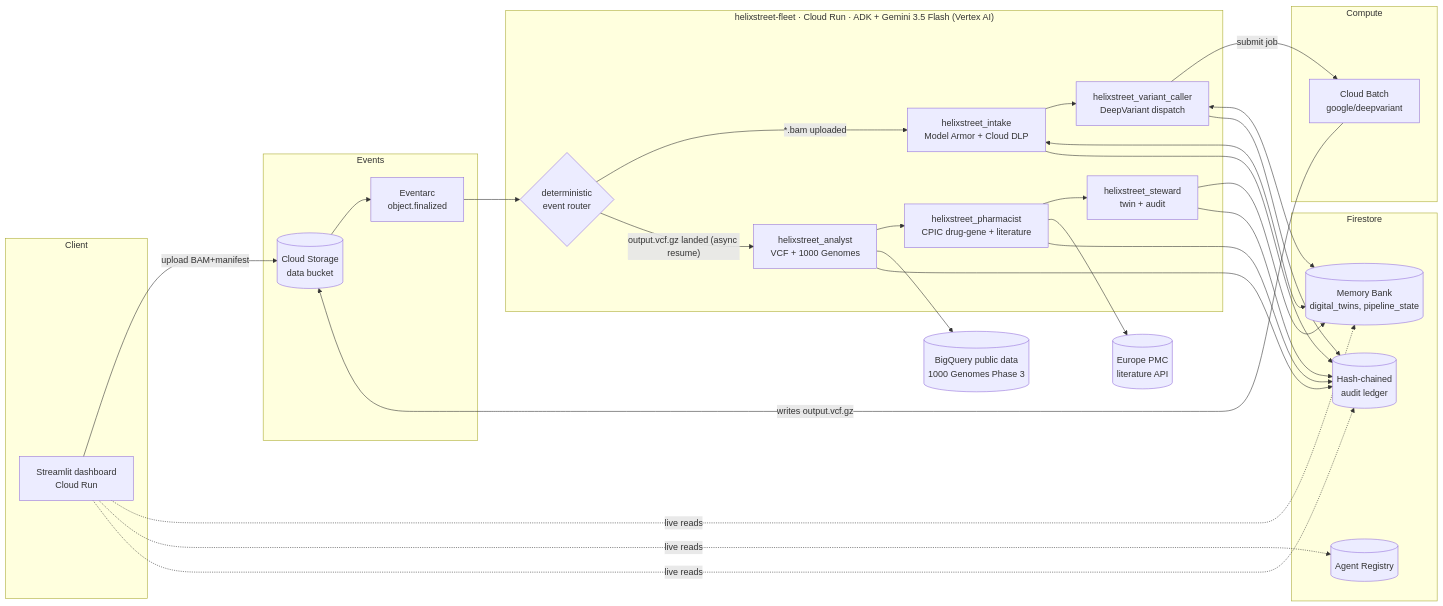
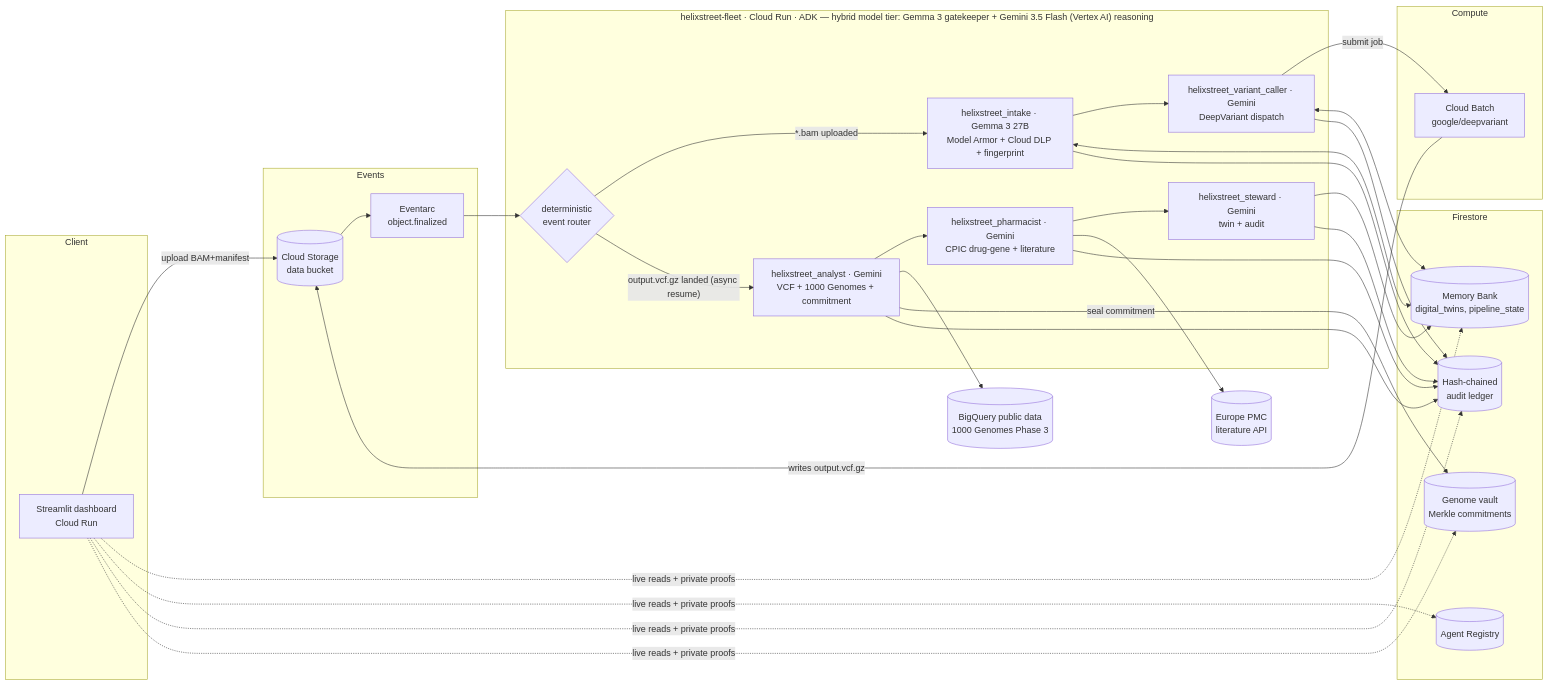
The diagram in README.md (helixstreet/helixstreet-nebius-nvidia), drawn with Mermaid before and after one commit. The commit also changed other lines of this file and 8 other files, not shown here.

First line of the commit message:
Harden Gemma hybrid tier: config-driven with Gemini fallback; docs + diagram

````diff
--- a/README.md
+++ b/README.md
@@ -20,40 +20,42 @@
 ```mermaid
 flowchart LR
     subgraph Client
         UI[Streamlit dashboard\nCloud Run]
     end
     subgraph Events
         GCS[(Cloud Storage\ndata bucket)]
         EA[Eventarc\nobject.finalized]
     end
-    subgraph Fleet["helixstreet-fleet · Cloud Run · ADK + Gemini 3.5 Flash (Vertex AI)"]
+    subgraph Fleet["helixstreet-fleet · Cloud Run · ADK — hybrid model tier: Gemma 3 gatekeeper + Gemini 3.5 Flash (Vertex AI) reasoning"]
         R{deterministic\nevent router}
-        A1[helixstreet_intake\nModel Armor + Cloud DLP]
-        A2[helixstreet_variant_caller\nDeepVariant dispatch]
-        A3[helixstreet_analyst\nVCF + 1000 Genomes]
-        A5[helixstreet_pharmacist\nCPIC drug-gene + literature]
-        A4[helixstreet_steward\ntwin + audit]
+        A1[helixstreet_intake · Gemma 3 27B\nModel Armor + Cloud DLP + fingerprint]
+        A2[helixstreet_variant_caller · Gemini\nDeepVariant dispatch]
+        A3[helixstreet_analyst · Gemini\nVCF + 1000 Genomes + commitment]
+        A5[helixstreet_pharmacist · Gemini\nCPIC drug-gene + literature]
+        A4[helixstreet_steward · Gemini\ntwin + audit]
     end
     subgraph Compute
         B[Cloud Batch\ngoogle/deepvariant]
     end
     subgraph State["Firestore"]
         MB[(Memory Bank\ndigital_twins, pipeline_state)]
         REG[(Agent Registry)]
         AUD[(Hash-chained\naudit ledger)]
+        VLT[(Genome vault\nMerkle commitments)]
     end
     BQ[(BigQuery public data\n1000 Genomes Phase 3)]
 
     UI -- upload BAM+manifest --> GCS
     GCS --> EA --> R
     R -- "*.bam uploaded" --> A1 --> A2 -- submit job --> B
     B -- writes output.vcf.gz --> GCS
     R -- "output.vcf.gz landed (async resume)" --> A3 --> A5 --> A4
     A1 <--> MB
     A2 <--> MB
     A3 --> BQ
     A5 --> EPMC[(Europe PMC\nliterature API)]
+    A3 -- seal commitment --> VLT
     A4 --> MB
     A1 & A2 & A3 & A5 & A4 --> AUD
-    UI -. live reads .-> MB & REG & AUD
+    UI -. live reads + private proofs .-> MB & REG & AUD & VLT
 ```
````
